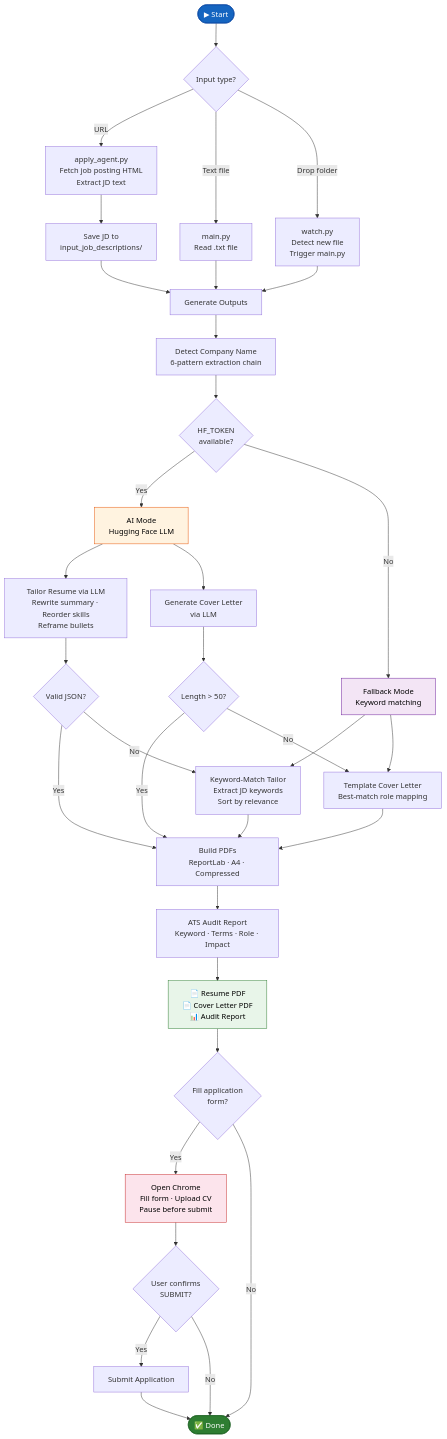
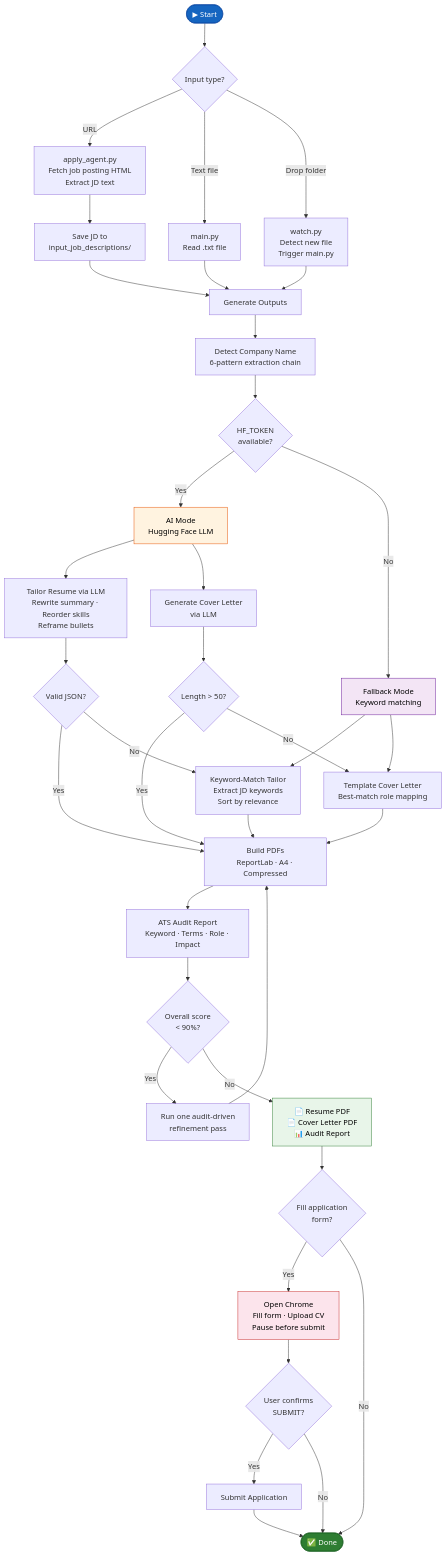
The second of 2 diagrams in README.md (tripathideepak89/resume_updator), drawn with Mermaid before and after one commit. The commit also changed other lines of this file and 1 other file, not shown here.

Commit message:
Document audit-driven refinement workflow

````diff
--- a/README.md
+++ b/README.md
@@ -105,53 +106,56 @@
 ```mermaid
 flowchart TD
     START(["▶ Start"]) --> MODE{"Input type?"}
 
     MODE -->|URL| AGENT["apply_agent.py\nFetch job posting HTML\nExtract JD text"]
     MODE -->|Text file| DIRECT["main.py\nRead .txt file"]
     MODE -->|Drop folder| WATCH["watch.py\nDetect new file\nTrigger main.py"]
 
     AGENT --> SAVE["Save JD to\ninput_job_descriptions/"]
     SAVE --> GENERATE
     DIRECT --> GENERATE
     WATCH --> GENERATE
 
     GENERATE["Generate Outputs"] --> DETECT["Detect Company Name\n6-pattern extraction chain"]
     DETECT --> CHECK{"HF_TOKEN\navailable?"}
 
     CHECK -->|Yes| AI["AI Mode\nHugging Face LLM"]
     CHECK -->|No| FALLBACK["Fallback Mode\nKeyword matching"]
 
     AI --> TAILOR_AI["Tailor Resume via LLM\nRewrite summary · Reorder skills\nReframe bullets"]
     AI --> COVER_AI["Generate Cover Letter\nvia LLM"]
     FALLBACK --> TAILOR_KW["Keyword-Match Tailor\nExtract JD keywords\nSort by relevance"]
     FALLBACK --> COVER_KW["Template Cover Letter\nBest-match role mapping"]
 
     TAILOR_AI --> VALIDATE{"Valid JSON?"}
     VALIDATE -->|Yes| BUILD
     VALIDATE -->|No| TAILOR_KW
 
     COVER_AI --> CHECK_LEN{"Length > 50?"}
     CHECK_LEN -->|Yes| BUILD
     CHECK_LEN -->|No| COVER_KW
 
     TAILOR_KW --> BUILD
     COVER_KW --> BUILD
 
     BUILD["Build PDFs\nReportLab · A4 · Compressed"] --> AUDIT["ATS Audit Report\nKeyword · Terms · Role · Impact"]
-    AUDIT --> OUTPUT["📄 Resume PDF\n📄 Cover Letter PDF\n📊 Audit Report"]
+    AUDIT --> SCORE{"Overall score\n< 90%?"}
+    SCORE -->|Yes| RETRY["Run one audit-driven\nrefinement pass"]
+    RETRY --> BUILD
+    SCORE -->|No| OUTPUT["📄 Resume PDF\n📄 Cover Letter PDF\n📊 Audit Report"]
 
     OUTPUT --> FILL{"Fill application\nform?"}
     FILL -->|Yes| BROWSER["Open Chrome\nFill form · Upload CV\nPause before submit"]
     FILL -->|No| DONE(["✅ Done"])
     BROWSER --> CONFIRM{"User confirms\nSUBMIT?"}
     CONFIRM -->|Yes| SUBMIT["Submit Application"]
     CONFIRM -->|No| DONE
     SUBMIT --> DONE
 
     style START fill:#1565C0,stroke:#0D47A1,color:#fff
     style DONE fill:#2E7D32,stroke:#1B5E20,color:#fff
     style AI fill:#FFF3E0,stroke:#E65100,color:#000
     style FALLBACK fill:#F3E5F5,stroke:#6A1B9A,color:#000
     style BROWSER fill:#FCE4EC,stroke:#C62828,color:#000
     style OUTPUT fill:#E8F5E9,stroke:#2E7D32,color:#000
 ```
````
